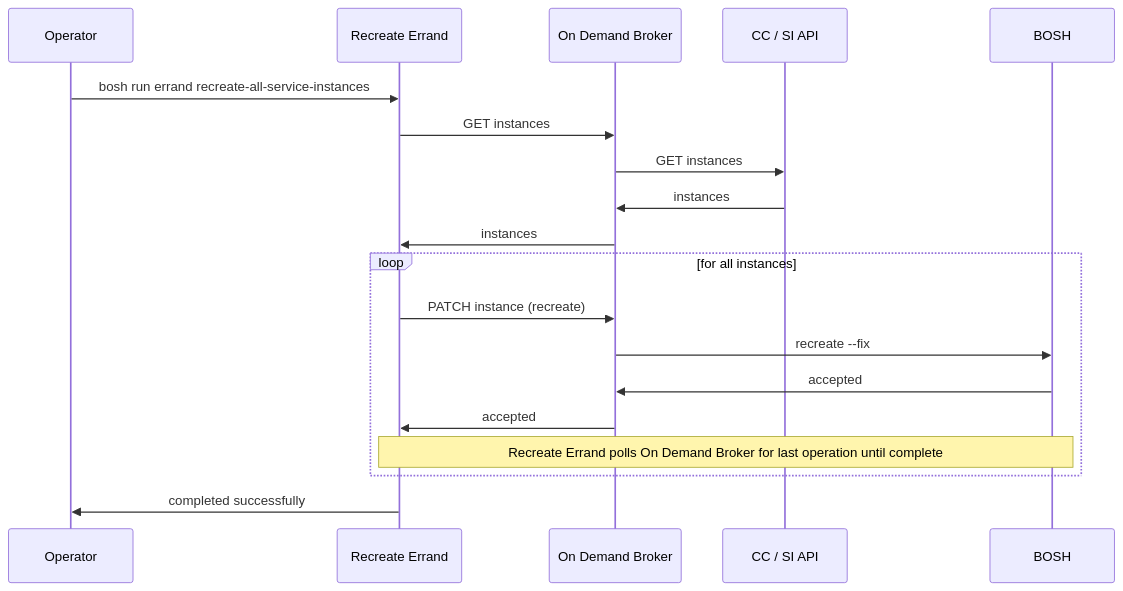
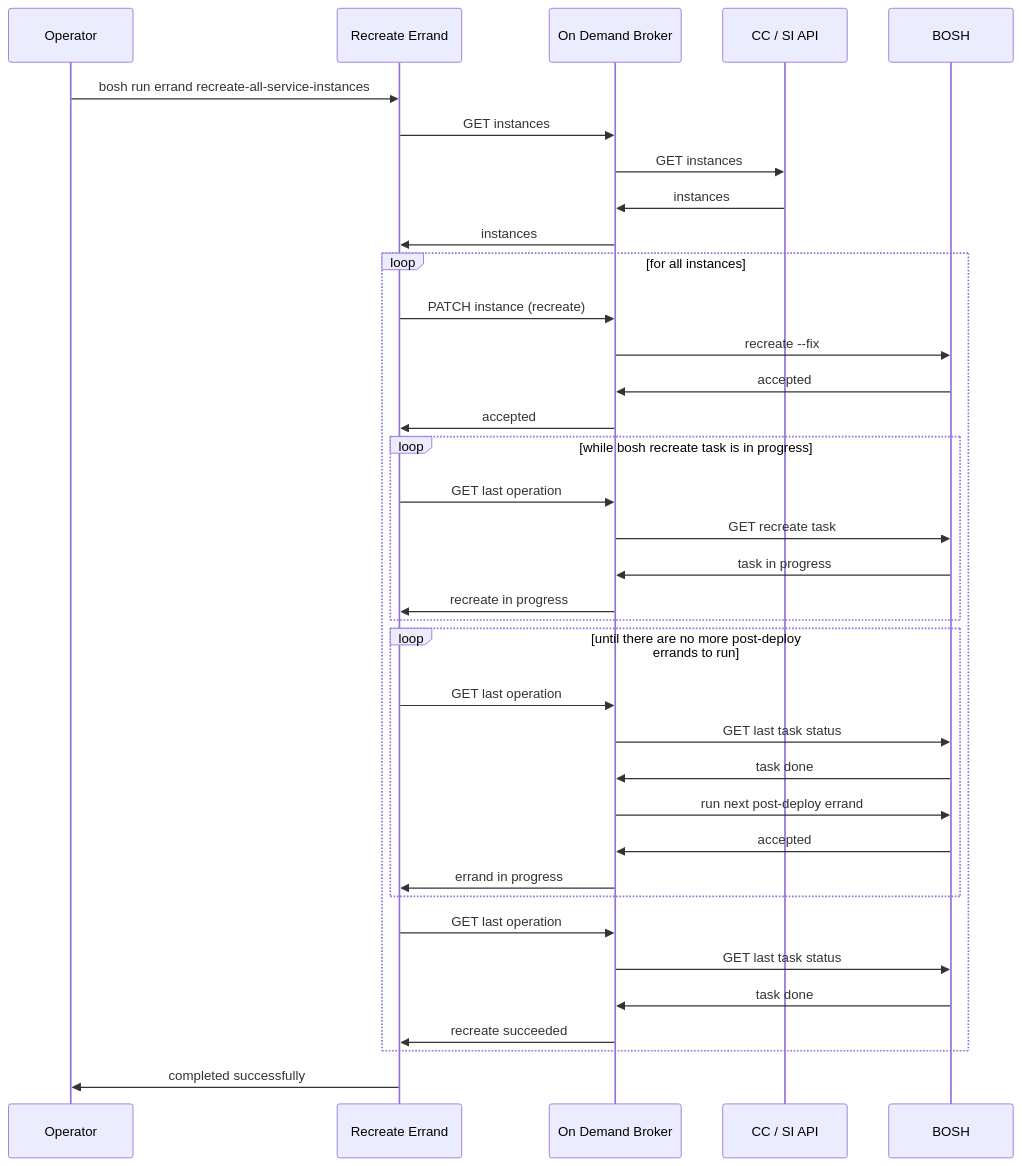
Before and after one commit to pivotal-cf/docs-on-demand-service-broker: the diagram in mmd/recreate_all_instances_workflow.mmd, drawn with Mermaid. The commit also changed 1 other file, not shown here.

Commit message:
Recreate-all errand now triggers post-deploy errands [#162012598]

```diff
--- a/mmd/recreate_all_instances_workflow.mmd
+++ b/mmd/recreate_all_instances_workflow.mmd
@@ -1,16 +1,36 @@
 <div class="mermaid">
 sequenceDiagram
   Operator->>Recreate Errand:bosh run errand recreate-all-service-instances
   Recreate Errand->>On Demand Broker:GET instances
   On Demand Broker->>CC / SI API:GET instances
   CC / SI API->>On Demand Broker:instances
   On Demand Broker->>Recreate Errand:instances
   loop for all instances
     Recreate Errand->>On Demand Broker: PATCH instance (recreate)
     On Demand Broker->>BOSH: recreate --fix
     BOSH->>On Demand Broker: accepted
     On Demand Broker->>Recreate Errand: accepted
-    Note over Recreate Errand,BOSH: Recreate Errand polls On Demand Broker for last operation until complete
+
+    loop while bosh recreate task is in progress
+      Recreate Errand->>On Demand Broker: GET last operation
+      On Demand Broker->>BOSH: GET recreate task
+      BOSH->>On Demand Broker: task in progress
+      On Demand Broker->>Recreate Errand: recreate in progress
+    end
+
+    loop until there are no more post-deploy errands to run
+      Recreate Errand->>On Demand Broker: GET last operation
+      On Demand Broker->>BOSH: GET last task status
+      BOSH->>On Demand Broker: task done
+      On Demand Broker->>BOSH: run next post-deploy errand
+      BOSH->>On Demand Broker: accepted
+      On Demand Broker->>Recreate Errand:errand in progress
+    end
+
+    Recreate Errand->>On Demand Broker: GET last operation
+    On Demand Broker->>BOSH: GET last task status
+    BOSH->>On Demand Broker: task done
+    On Demand Broker->>Recreate Errand: recreate succeeded
   end
   Recreate Errand->>Operator:completed successfully
 </div>
```
